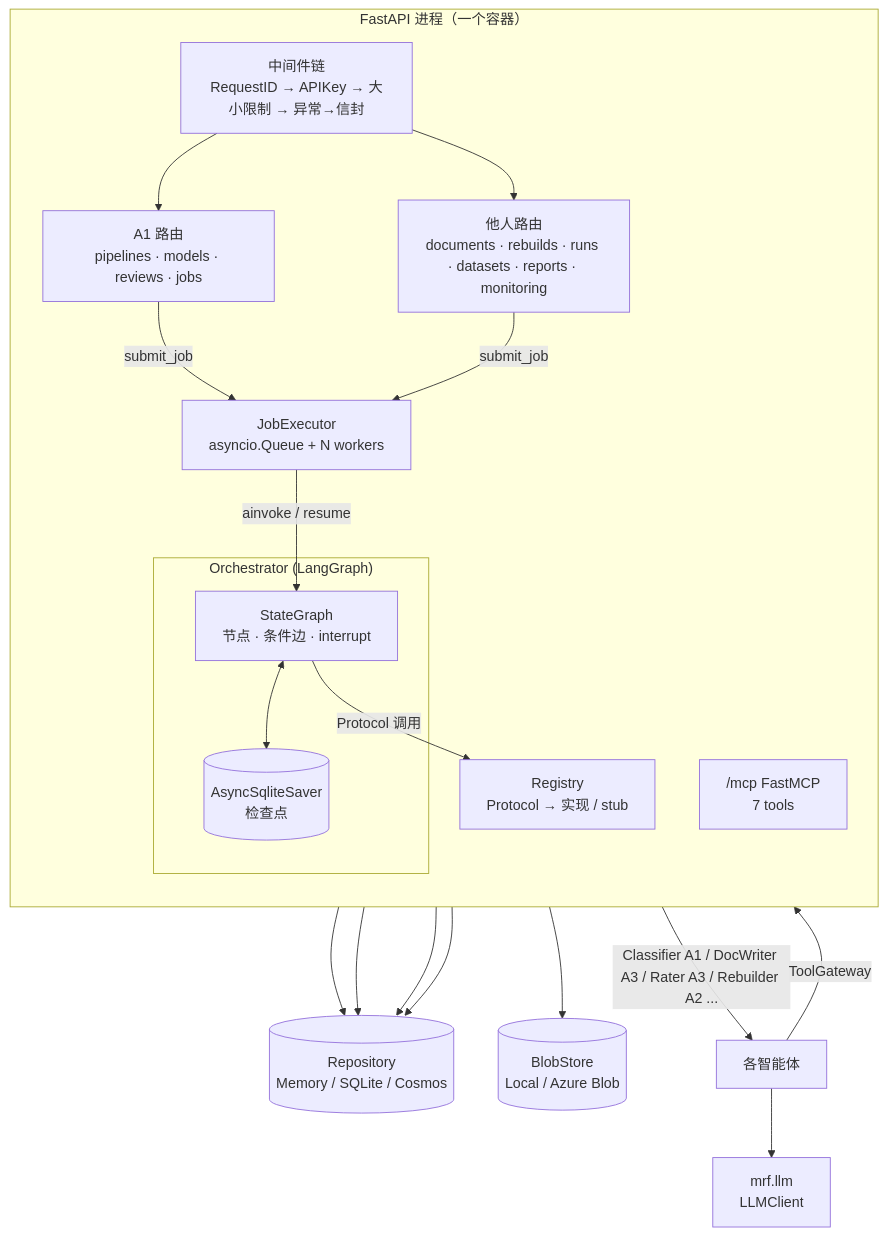
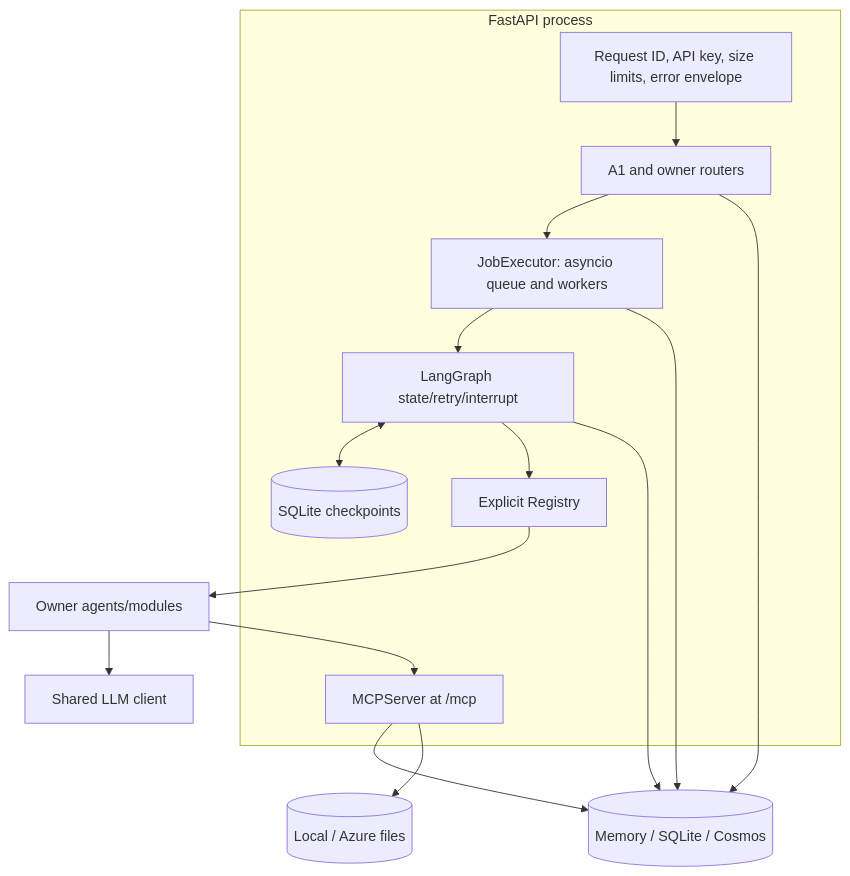
One commit to LuisWang709/EXL_JLWZ changed the first of 3 diagrams in docs/design/A1_orchestrator_api_design.md. Above: the diagram before and after it, drawn with Mermaid. The commit also changed other lines of this file and 31 other files, not shown here.

````diff
--- a/docs/design/A1_orchestrator_api_design.md
+++ b/docs/design/A1_orchestrator_api_design.md
@@ -40,31 +39,22 @@
 ```mermaid
 flowchart TB
-    subgraph API["FastAPI 进程（一个容器）"]
-      direction TB
-      MW["中间件链<br/>RequestID → APIKey → 大小限制 → 异常→信封"]
-      RT["A1 路由<br/>pipelines · models · reviews · jobs"]
-      OR["他人路由<br/>documents · rebuilds · runs · datasets · reports · monitoring"]
-      JE["JobExecutor<br/>asyncio.Queue + N workers"]
-      subgraph ORCH["Orchestrator (LangGraph)"]
-        GR["StateGraph<br/>节点 · 条件边 · interrupt"]
-        CP[("AsyncSqliteSaver<br/>检查点")]
-      end
-      MCPS["/mcp FastMCP<br/>7 tools"]
-      REG["Registry<br/>Protocol → 实现 / stub"]
+    subgraph API[FastAPI process]
+      MW[Request ID, API key, size limits, error envelope]
+      RT[A1 and owner routers]
+      JE[JobExecutor: asyncio queue and workers]
+      GR[LangGraph state/retry/interrupt]
+      CP[(SQLite checkpoints)]
+      MCP[MCPServer at /mcp]
+      REG[Explicit Registry]
     end
-    LLM["mrf.llm<br/>LLMClient"]
-    REPO[("Repository<br/>Memory / SQLite / Cosmos")]
-    BLOB[("BlobStore<br/>Local / Azure Blob")]
-
-    MW --> RT & OR
-    RT -->|submit_job| JE
-    OR -->|submit_job| JE
-    JE -->|ainvoke / resume| GR
+    AG[Owner agents/modules]
+    LLM[Shared LLM client]
+    REPO[(Memory / SQLite / Cosmos)]
+    BLOB[(Local / Azure files)]
+    MW --> RT --> JE --> GR
     GR <--> CP
-    GR -->|Protocol 调用| REG
-    REG -->|Classifier A1 / DocWriter A3 / Rater A3 / Rebuilder A2 ...| AG[各智能体]
-    AG -->|ToolGateway| MCPS
-    AG --> LLM
+    GR --> REG --> AG
+    AG --> MCP & LLM
     GR & JE & RT --> REPO
-    MCPS --> REPO & BLOB
+    MCP --> REPO & BLOB
 ```
````
